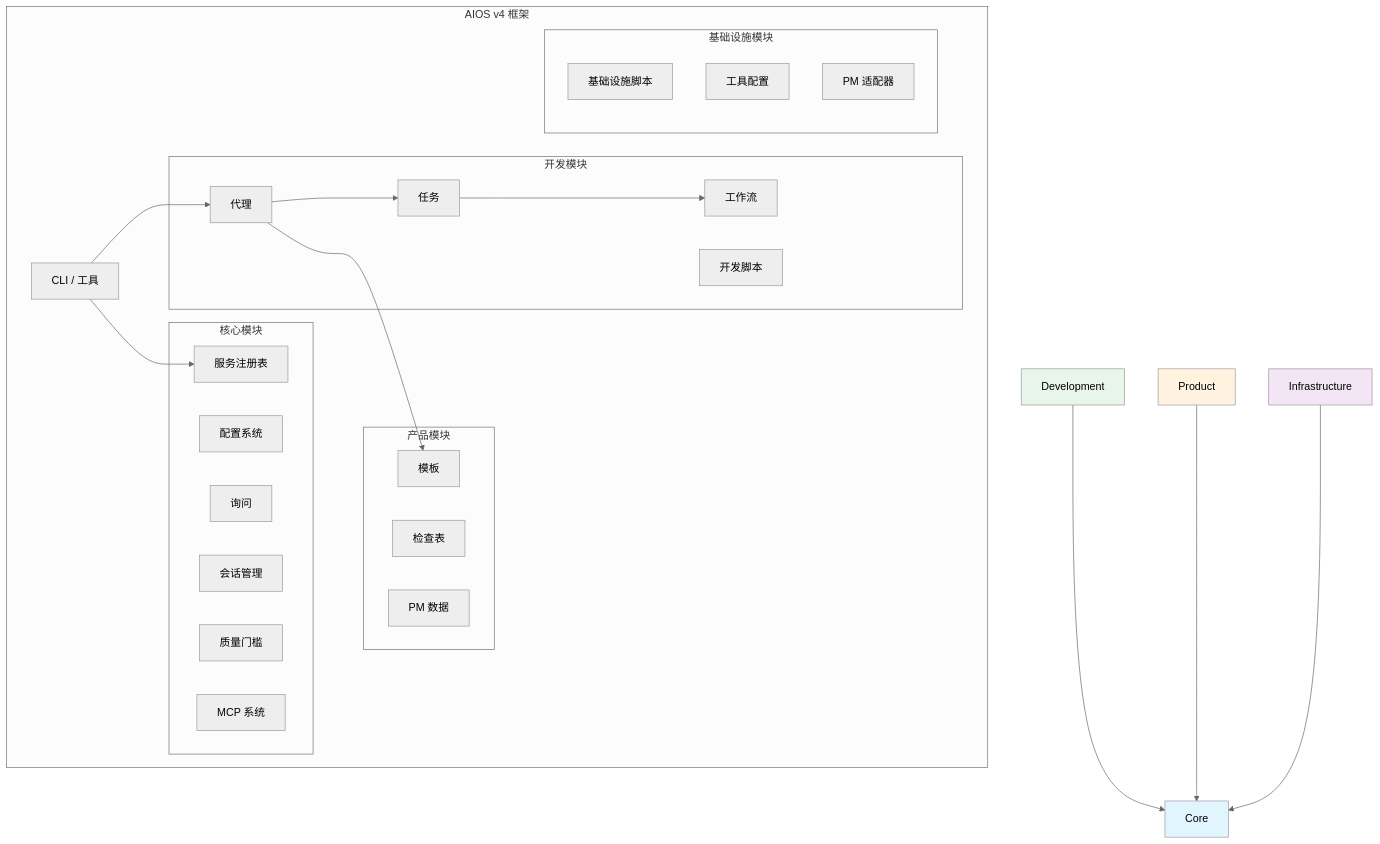
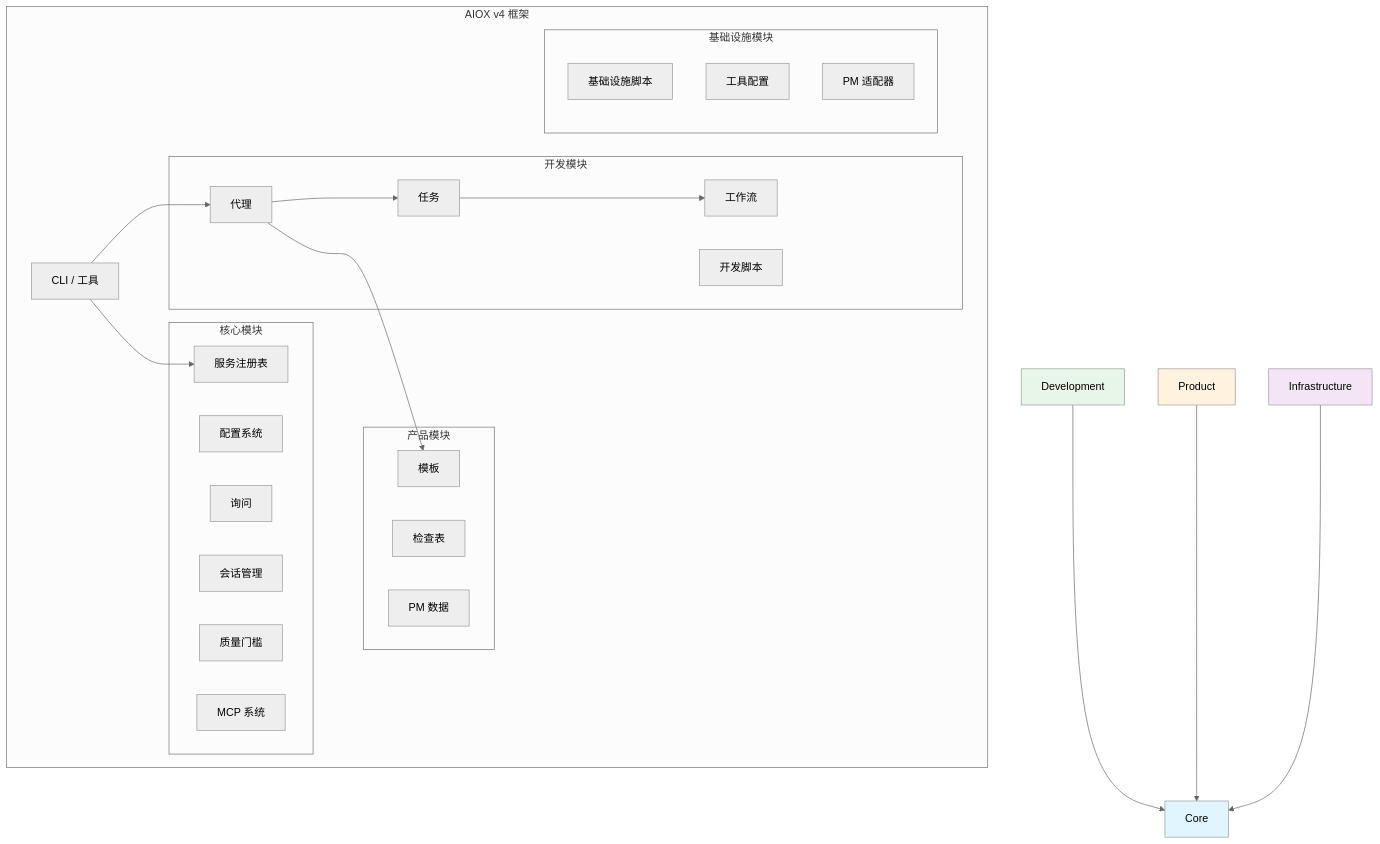
Before and after one commit to brunajunckes/aiox-core: the first of 2 diagrams in docs/zh/architecture/module-system.md, drawn with Mermaid (neutral theme). The commit also changed other lines of this file and 3396 other files, not shown here.

First line of the commit message:
chore: rebrand aios → aiox across entire codebase (#552)

````diff
--- a/docs/zh/architecture/module-system.md
+++ b/docs/zh/architecture/module-system.md
@@ -54,48 +54,48 @@
 ```mermaid
 graph TB
-    subgraph "AIOS v4 框架"
+    subgraph "AIOX v4 框架"
         CLI[CLI / 工具]
 
         subgraph "产品模块"
             Templates[模板]
             Checklists[检查表]
             Data[PM 数据]
         end
 
         subgraph "开发模块"
             Agents[代理]
             Tasks[任务]
             Workflows[工作流]
             Scripts[开发脚本]
         end
 
         subgraph "核心模块"
             Registry[服务注册表]
             Config[配置系统]
             Elicit[询问]
             Session[会话管理]
             QG[质量门槛]
             MCP[MCP 系统]
         end
 
         subgraph "基础设施模块"
             InfraScripts[基础设施脚本]
             Tools[工具配置]
             PM[PM 适配器]
         end
     end
 
     CLI --> Agents
     CLI --> Registry
     Agents --> Tasks
     Agents --> Templates
     Tasks --> Workflows
     Development --> Core
     Product --> Core
     Infrastructure --> Core
 
     style Core fill:#e1f5fe
     style Development fill:#e8f5e9
     style Product fill:#fff3e0
     style Infrastructure fill:#f3e5f5
 ```
````
